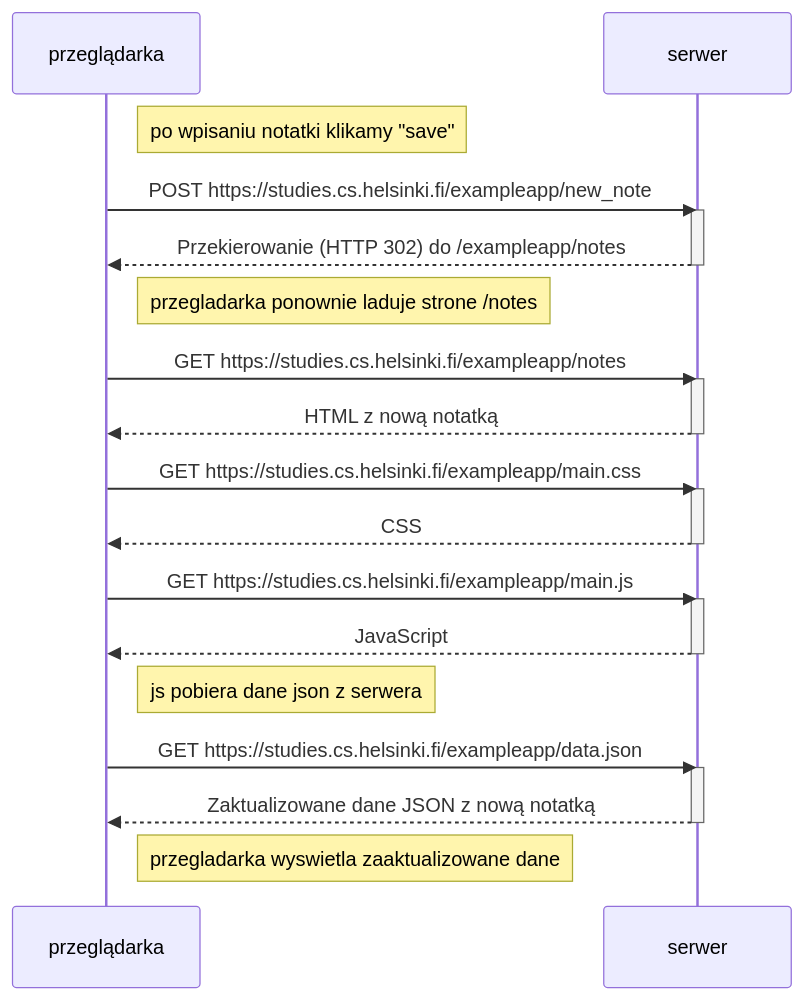
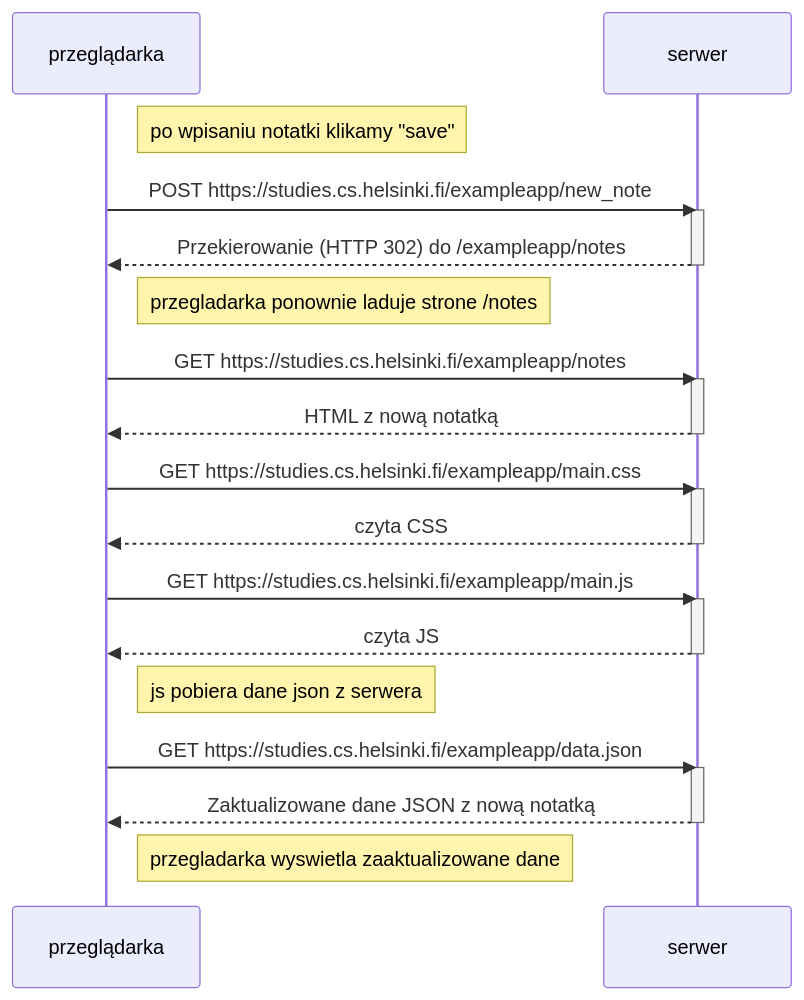
One commit to Layer2843/my-repo changed the diagram in Part0/zad0-4.mmd. Above: the diagram before and after it, drawn with Mermaid.

```diff
--- a/Part0/zad0-4.mmd
+++ b/Part0/zad0-4.mmd
@@ -1,36 +1,36 @@
 sequenceDiagram
     participant przeglądarka
     participant serwer
 
     Note right of przeglądarka: po wpisaniu notatki klikamy "save"
 
     przeglądarka->>serwer: POST https://studies.cs.helsinki.fi/exampleapp/new_note
     activate serwer
     serwer-->>przeglądarka: Przekierowanie (HTTP 302) do /exampleapp/notes
     deactivate serwer
 
     Note right of przeglądarka: przegladarka ponownie laduje strone /notes
 
     przeglądarka->>serwer: GET https://studies.cs.helsinki.fi/exampleapp/notes
     activate serwer
     serwer-->>przeglądarka: HTML z nową notatką
     deactivate serwer
 
     przeglądarka->>serwer: GET https://studies.cs.helsinki.fi/exampleapp/main.css
     activate serwer
-    serwer-->>przeglądarka: CSS
+    serwer-->>przeglądarka: czyta CSS
     deactivate serwer
 
     przeglądarka->>serwer: GET https://studies.cs.helsinki.fi/exampleapp/main.js
     activate serwer
-    serwer-->>przeglądarka: JavaScript
+    serwer-->>przeglądarka: czyta JS
     deactivate serwer
 
     Note right of przeglądarka: js pobiera dane json z serwera
 
     przeglądarka->>serwer: GET https://studies.cs.helsinki.fi/exampleapp/data.json
     activate serwer
     serwer-->>przeglądarka: Zaktualizowane dane JSON z nową notatką
     deactivate serwer
 
     Note right of przeglądarka: przegladarka wyswietla zaaktualizowane dane
```
